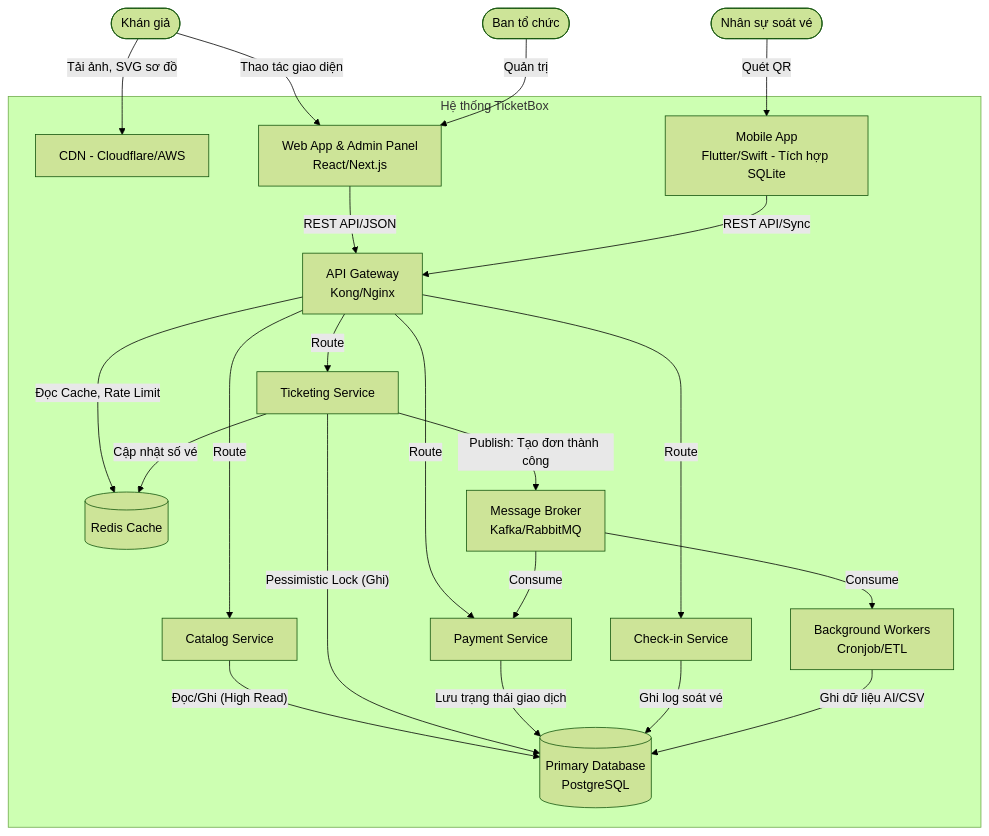
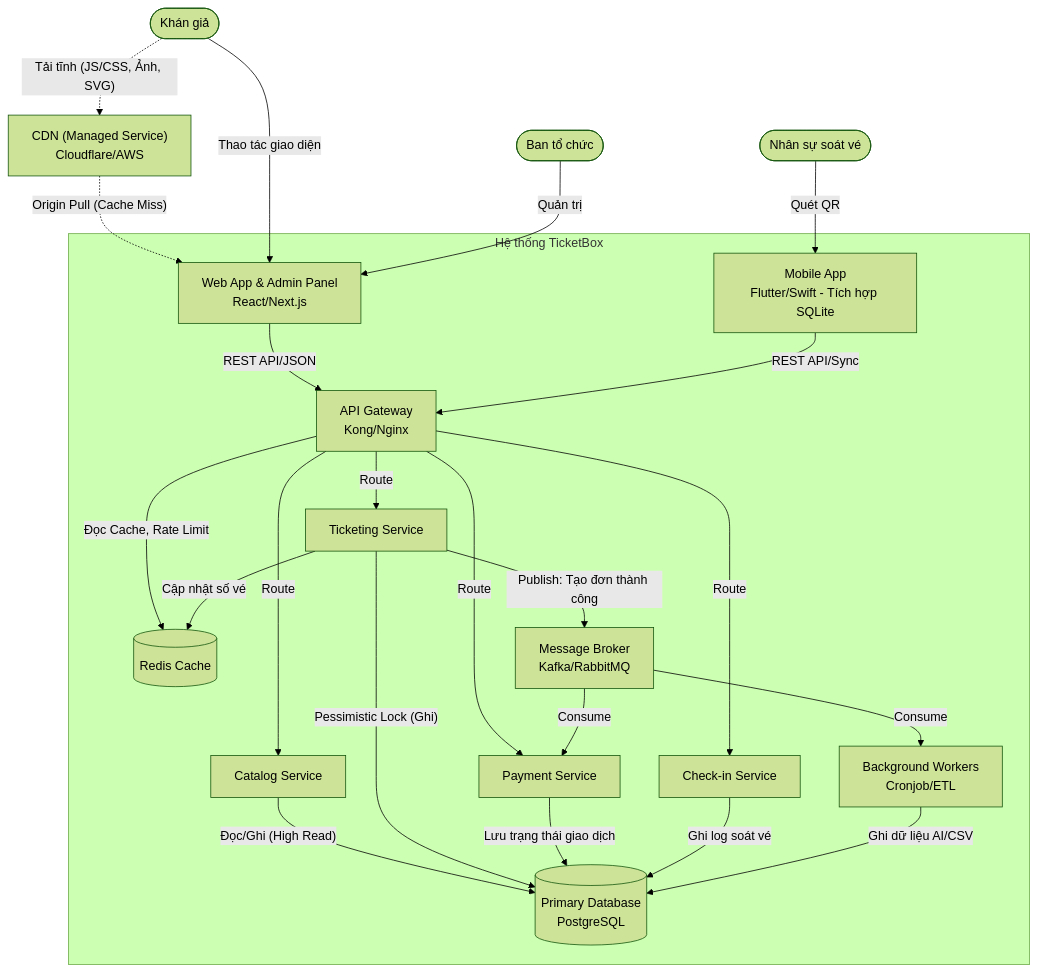
One commit to quocthaiLN/ticket-box-app changed the second of 8 diagrams in blueprint/design.md. Above: the diagram before and after it, drawn with Mermaid (forest theme). The commit also changed other lines of this file, not shown here.

````diff
--- a/blueprint/design.md
+++ b/blueprint/design.md
@@ -114,61 +114,64 @@
 ```mermaid
 graph TD
     %% Clients
     Audience([Khán giả])
     Organizer([Ban tổ chức])
     Checker([Nhân sự soát vé])
 
+    %% External Services
+    CDN["CDN (Managed Service)<br>Cloudflare/AWS"]
+
     subgraph Hệ thống TicketBox
         %% Lớp Client
-        CDN["CDN - Cloudflare/AWS"]
         WebApp["Web App & Admin Panel<br>React/Next.js"]
         MobileApp["Mobile App<br>Flutter/Swift - Tích hợp SQLite"]
 
         %% Lớp Gateway
         Gateway["API Gateway<br>Kong/Nginx"]
 
         %% Lớp Services
         Catalog["Catalog Service"]
         Ticketing["Ticketing Service"]
         Payment["Payment Service"]
         Checkin["Check-in Service"]
         Workers["Background Workers<br>Cronjob/ETL"]
 
         %% Lớp Infrastructure
         Redis[("Redis Cache")]
         DB[("Primary Database<br>PostgreSQL")]
         Broker["Message Broker<br>Kafka/RabbitMQ"]
     end
 
     %% Tương tác Client
-    Audience -->|"Tải ảnh, SVG sơ đồ"| CDN
+    Audience -.->|"Tải tĩnh (JS/CSS, Ảnh, SVG)"| CDN
+    CDN -.->|"Origin Pull (Cache Miss)"| WebApp
     Audience -->|"Thao tác giao diện"| WebApp
     Organizer -->|"Quản trị"| WebApp
     Checker -->|"Quét QR"| MobileApp
 
     %% Giao tiếp API
     WebApp -->|"REST API/JSON"| Gateway
     MobileApp -->|"REST API/Sync"| Gateway
 
     %% Routing & Caching
     Gateway -->|"Đọc Cache, Rate Limit"| Redis
     Gateway -->|"Route"| Catalog
     Gateway -->|"Route"| Ticketing
     Gateway -->|"Route"| Payment
     Gateway -->|"Route"| Checkin
 
     %% Logic Database
     Catalog -->|"Đọc/Ghi (High Read)"| DB
     Ticketing -->|"Pessimistic Lock (Ghi)"| DB
     Ticketing -->|"Cập nhật số vé"| Redis
     Payment -->|"Lưu trạng thái giao dịch"| DB
     Checkin -->|"Ghi log soát vé"| DB
 
     %% Hàng đợi bất đồng bộ
     Ticketing -->|"Publish: Tạo đơn thành công"| Broker
     Broker -->|"Consume"| Payment
     Broker -->|"Consume"| Workers
 
     %% Worker logic
     Workers -->|"Ghi dữ liệu AI/CSV"| DB
 ```
````
